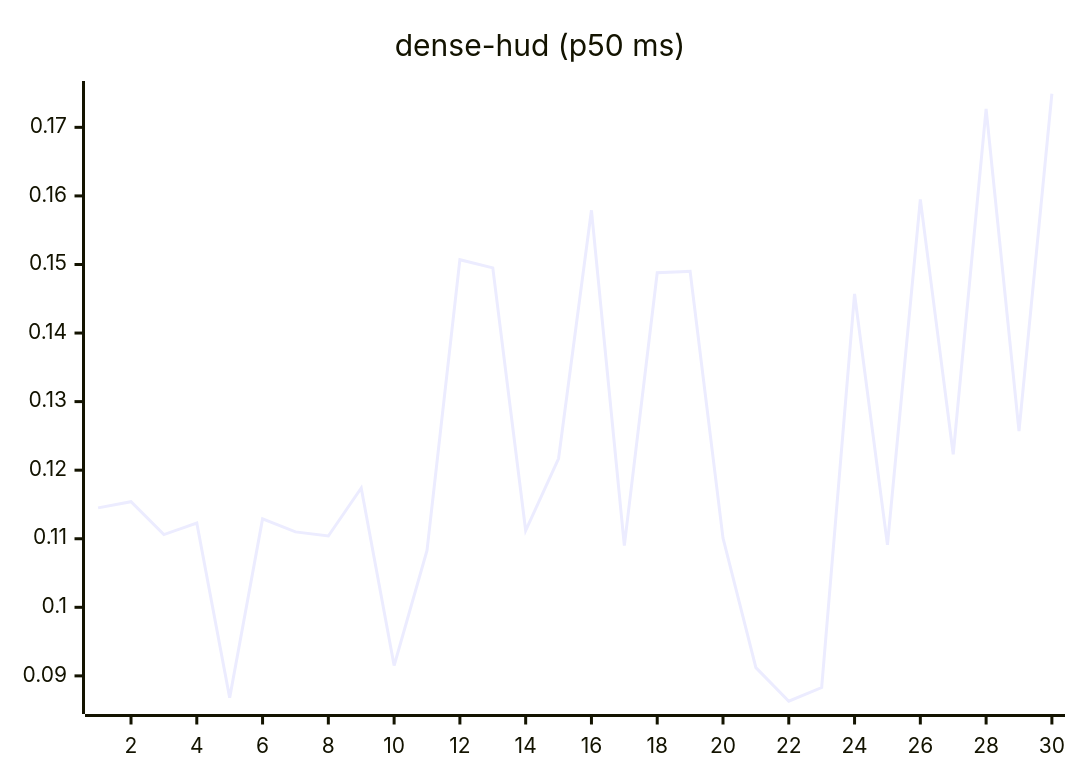
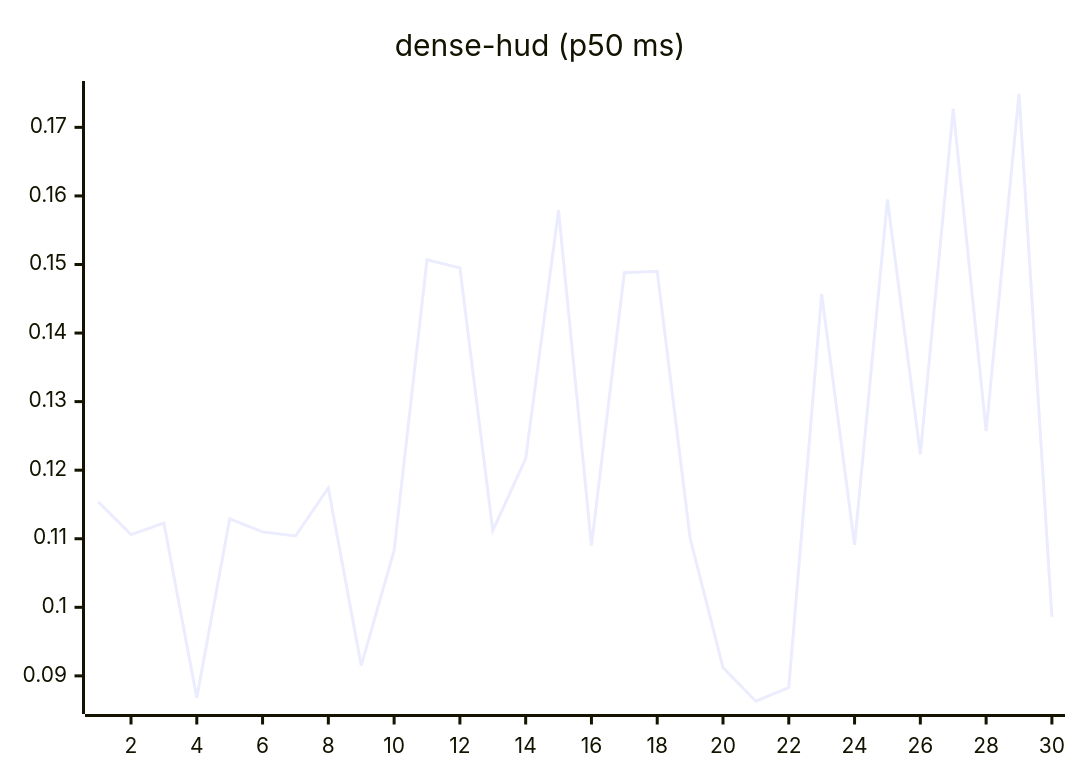
One commit to josha/Facet changed the eighth of 27 diagrams in README.md. Above: the diagram before and after it, drawn with Mermaid. The commit also changed other lines of this file and 2 other files, not shown here.

````diff
--- a/README.md
+++ b/README.md
@@ -112,6 +112,6 @@
 ```mermaid
 xychart-beta
     title "dense-hud (p50 ms)"
     x-axis 1 --> 30
-    line [0.1145, 0.1154, 0.1106, 0.1123, 0.0868, 0.1129, 0.1110, 0.1104, 0.1174, 0.0915, 0.1083, 0.1507, 0.1495, 0.1112, 0.1217, 0.1579, 0.1090, 0.1488, 0.1490, 0.1101, 0.0912, 0.0863, 0.0883, 0.1457, 0.1091, 0.1595, 0.1223, 0.1727, 0.1257, 0.1749]
+    line [0.1154, 0.1106, 0.1123, 0.0868, 0.1129, 0.1110, 0.1104, 0.1174, 0.0915, 0.1083, 0.1507, 0.1495, 0.1112, 0.1217, 0.1579, 0.1090, 0.1488, 0.1490, 0.1101, 0.0912, 0.0863, 0.0883, 0.1457, 0.1091, 0.1595, 0.1223, 0.1727, 0.1257, 0.1749, 0.0986]
 ```
````
